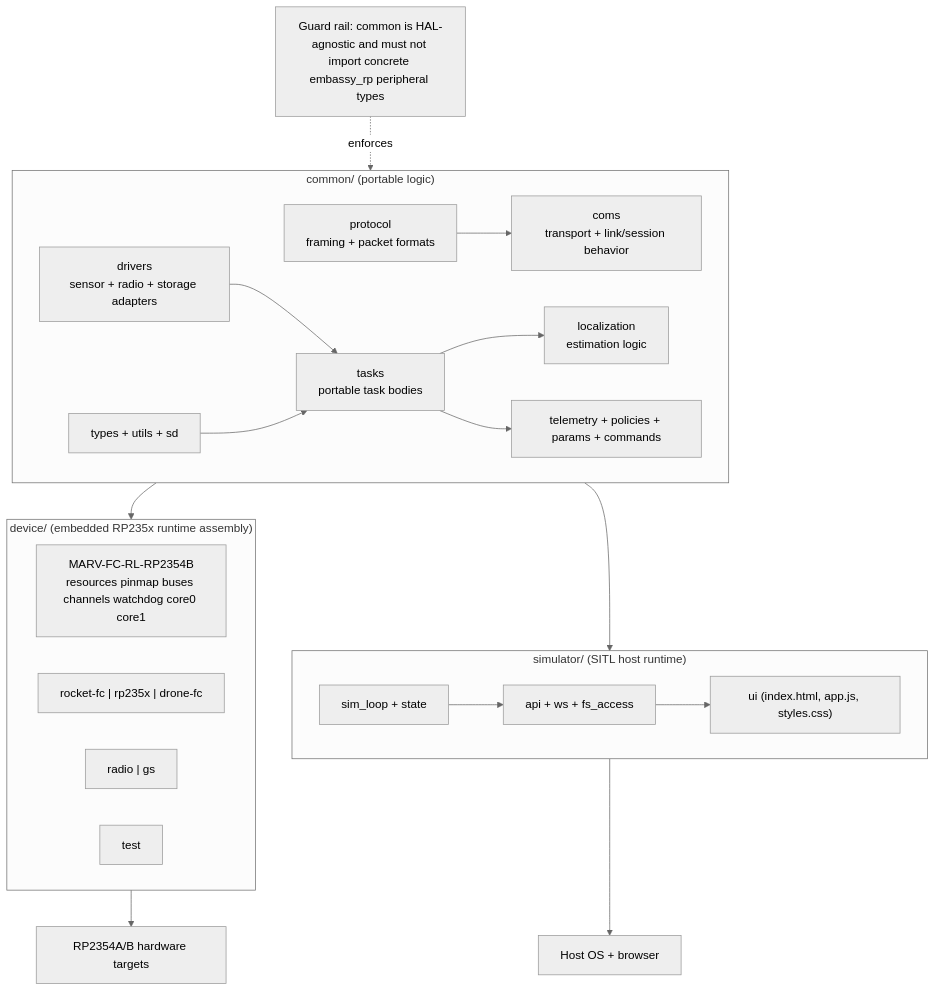
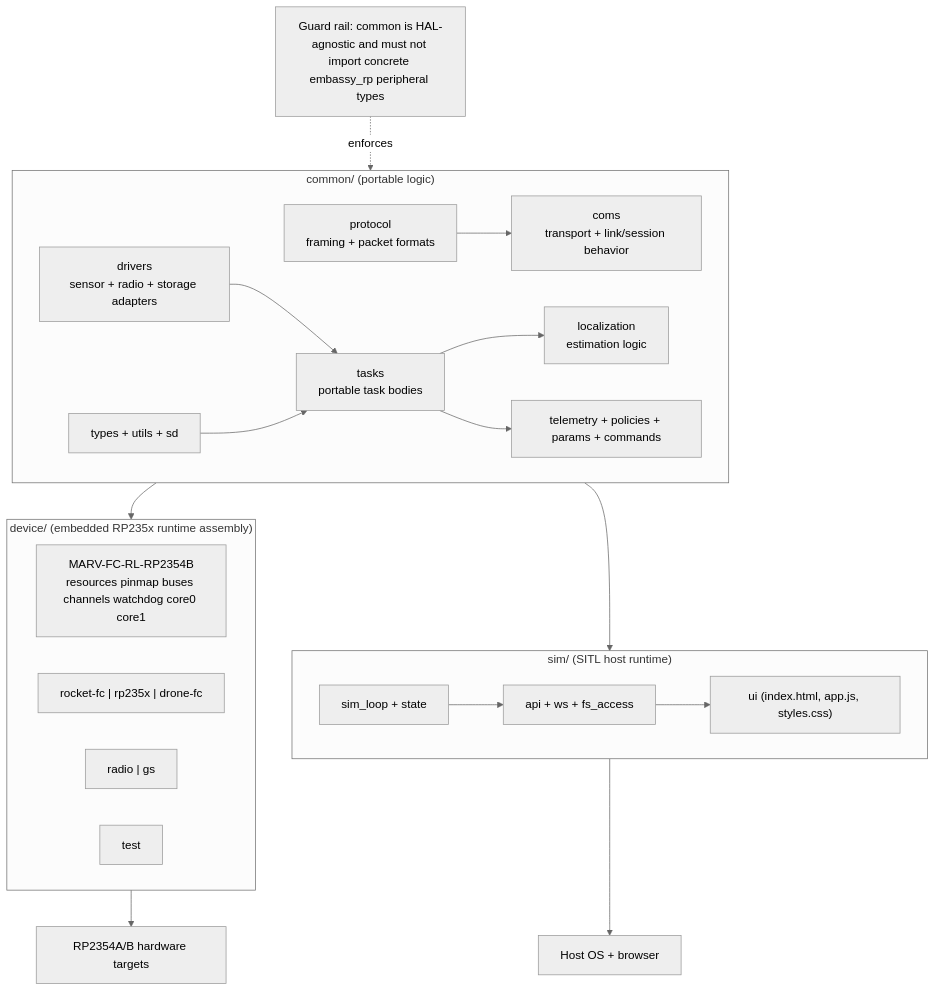
One commit to Lmx154/MARV-FC changed the first of 3 diagrams in docs/10-architecture-and-abstractions-visualization.md. Above: the diagram before and after it, drawn with Mermaid (neutral theme). The commit also changed other lines of this file and 67 other files, not shown here.

````diff
--- a/docs/10-architecture-and-abstractions-visualization.md
+++ b/docs/10-architecture-and-abstractions-visualization.md
@@ -15,42 +15,42 @@
 ```mermaid
 flowchart TB
     guard["Guard rail: common is HAL-agnostic and must not import concrete embassy_rp peripheral types"]
 
     subgraph common["common/ (portable logic)"]
         c_drivers["drivers<br/>sensor + radio + storage adapters"]
         c_protocol["protocol<br/>framing + packet formats"]
         c_coms["coms<br/>transport + link/session behavior"]
         c_tasks["tasks<br/>portable task bodies"]
         c_local["localization<br/>estimation logic"]
         c_telem["telemetry + policies + params + commands"]
         c_types["types + utils + sd"]
 
         c_protocol --> c_coms
         c_drivers --> c_tasks
         c_types --> c_tasks
         c_tasks --> c_local
         c_tasks --> c_telem
     end
 
     subgraph device["device/ (embedded RP235x runtime assembly)"]
         d_template["MARV-FC-RL-RP2354B<br/>resources pinmap buses channels watchdog core0 core1"]
         d_fc["rocket-fc | rp235x | drone-fc"]
         d_link["radio | gs"]
         d_test["test"]
     end
 
-    subgraph simulator["simulator/ (SITL host runtime)"]
+    subgraph simulator["sim/ (SITL host runtime)"]
         s_loop["sim_loop + state"]
         s_api["api + ws + fs_access"]
         s_ui["ui (index.html, app.js, styles.css)"]
 
         s_loop --> s_api --> s_ui
     end
 
     common --> device
     common --> simulator
     guard -.enforces.-> common
 
     device --> hw["RP2354A/B hardware targets"]
     simulator --> host["Host OS + browser"]
 ```
````
